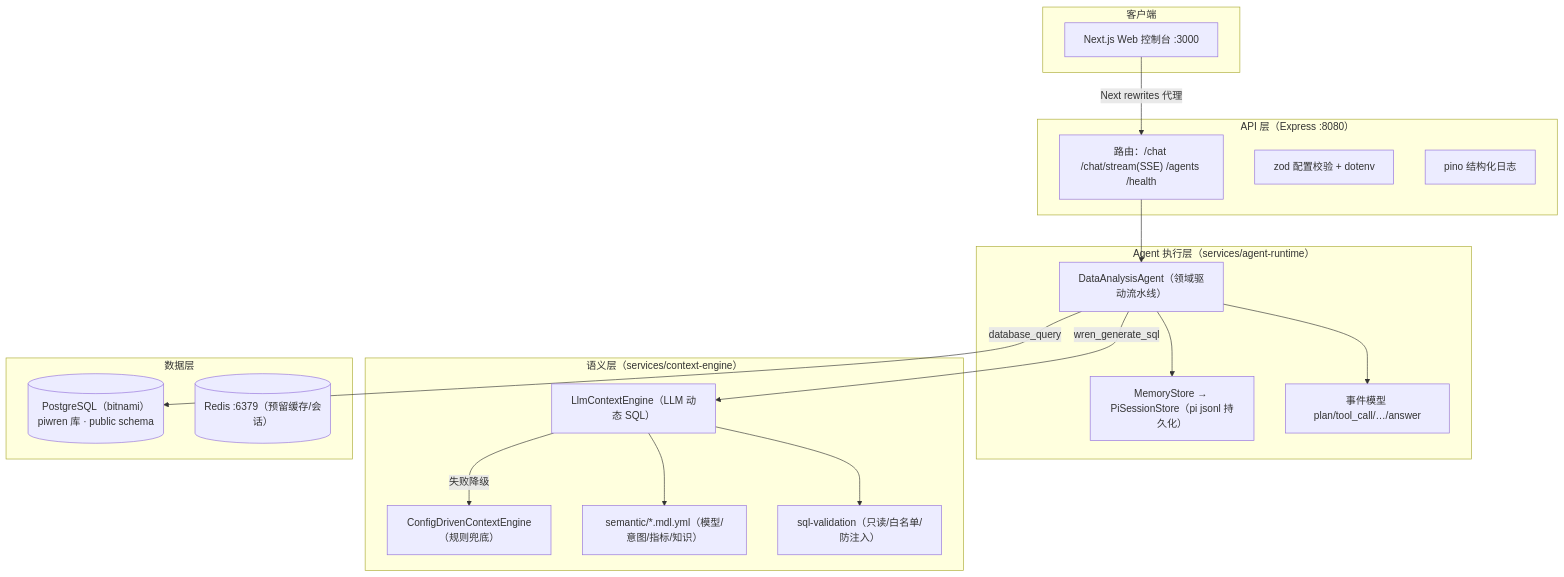
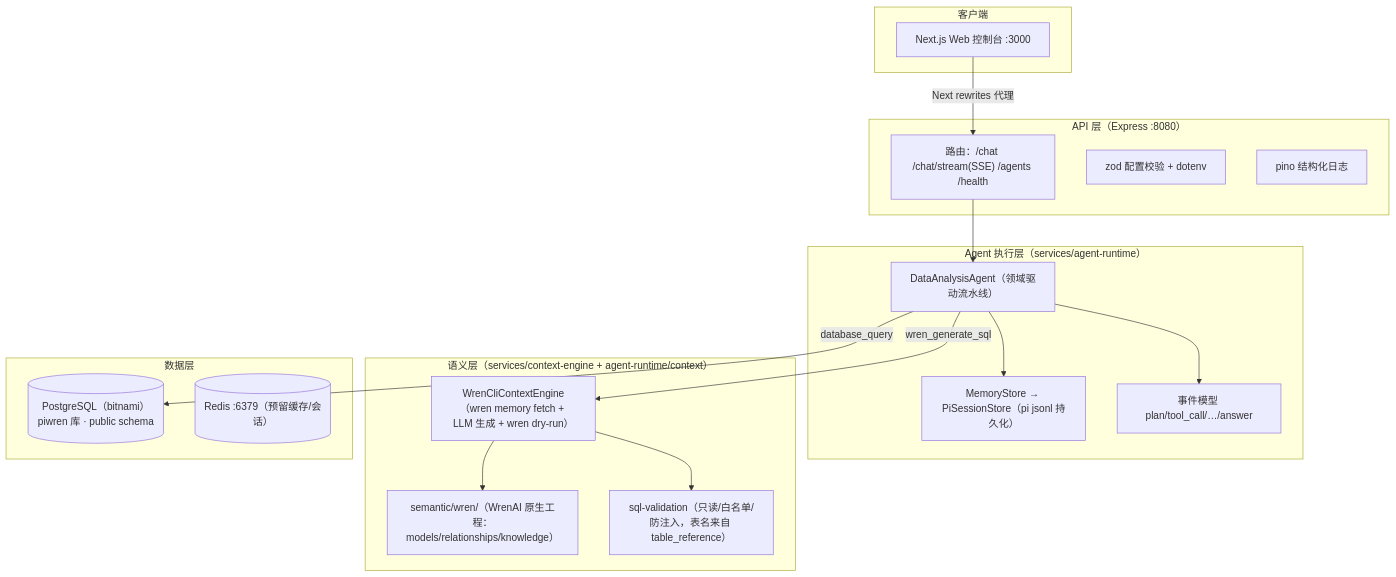
The diagram in docs/technical-architecture.md (PenguinAlston/pi-wren-platform), drawn with Mermaid before and after one commit. The commit also changed other lines of this file and 58 other files, not shown here.

First line of the commit message:
refactor: embrace wrenai cli and drop self-built mdl

````diff
--- a/docs/technical-architecture.md
+++ b/docs/technical-architecture.md
@@ -8,40 +8,38 @@
 ```mermaid
 flowchart TB
     subgraph Client["客户端"]
         UI["Next.js Web 控制台 :3000"]
     end
 
     subgraph Api["API 层（Express :8080）"]
         R["路由：/chat /chat/stream(SSE) /agents /health"]
         CFG["zod 配置校验 + dotenv"]
         LOG["pino 结构化日志"]
     end
 
     subgraph Agent["Agent 执行层（services/agent-runtime）"]
         DAA["DataAnalysisAgent（领域驱动流水线）"]
         MEM["MemoryStore → PiSessionStore（pi jsonl 持久化）"]
         EVT["事件模型 plan/tool_call/…/answer"]
     end
 
-    subgraph Sem["语义层（services/context-engine）"]
-        LLM["LlmContextEngine（LLM 动态 SQL）"]
-        RULE["ConfigDrivenContextEngine（规则兜底）"]
-        MDL["semantic/*.mdl.yml（模型/意图/指标/知识）"]
-        SQLVAL["sql-validation（只读/白名单/防注入）"]
+    subgraph Sem["语义层（services/context-engine + agent-runtime/context）"]
+        WRENCLI["WrenCliContextEngine（wren memory fetch + LLM 生成 + wren dry-run）"]
+        PROJ["semantic/wren/（WrenAI 原生工程：models/relationships/knowledge）"]
+        SQLVAL["sql-validation（只读/白名单/防注入，表名来自 table_reference）"]
     end
 
     subgraph Data["数据层"]
         PG[("PostgreSQL（bitnami）piwren 库 · public schema")]
         REDIS[("Redis :6379（预留缓存/会话）")]
     end
 
     UI -->|"Next rewrites 代理"| R
     R --> DAA
     DAA --> MEM
     DAA --> EVT
-    DAA -->|"wren_generate_sql"| LLM
-    LLM --> MDL
-    LLM --> SQLVAL
-    LLM -->|"失败降级"| RULE
+    DAA -->|"wren_generate_sql"| WRENCLI
+    WRENCLI --> PROJ
+    WRENCLI --> SQLVAL
     DAA -->|"database_query"| PG
 ```
````
